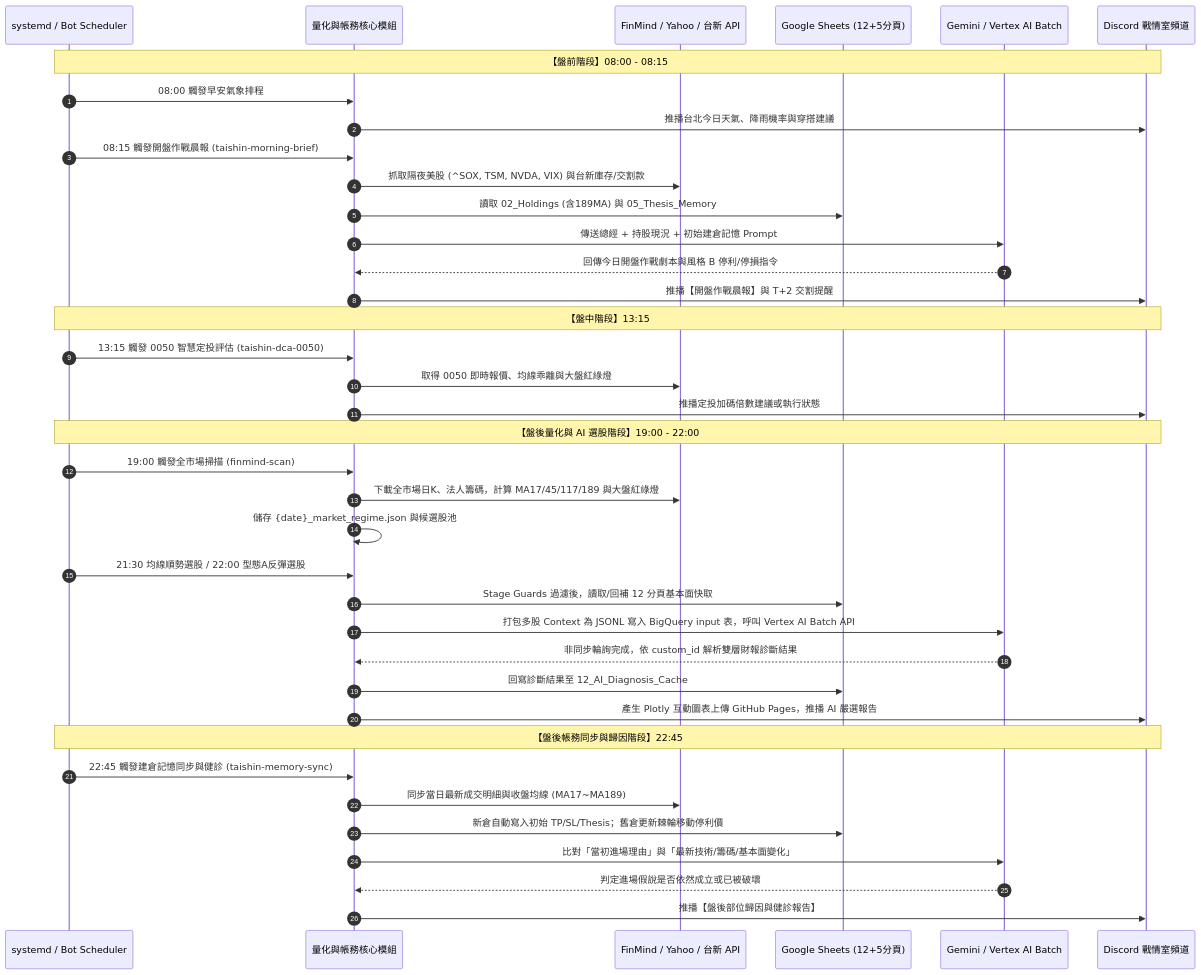
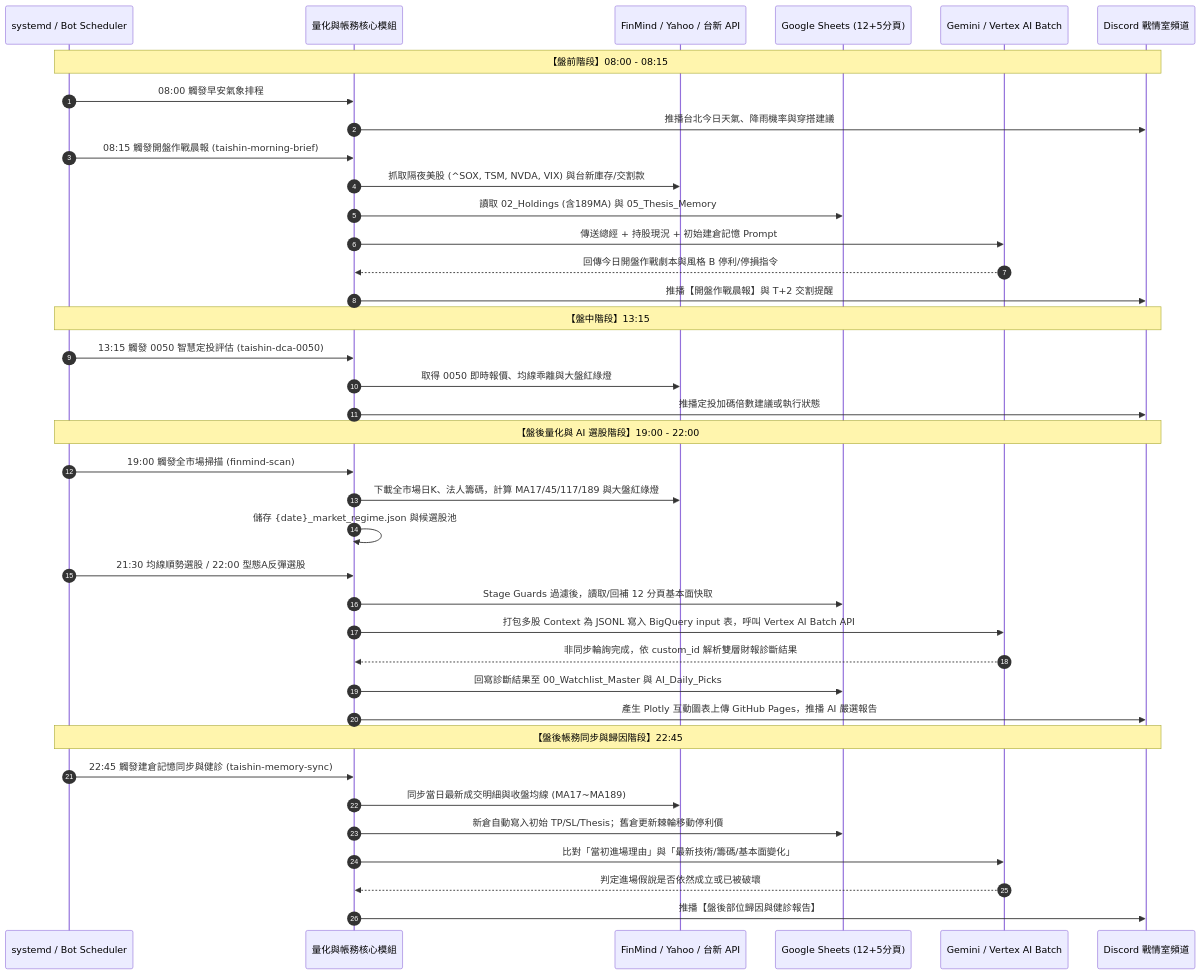
The second of 3 diagrams in discord_service_sasd.md (NickChung0725/Discord_Service), drawn with Mermaid before and after one commit. The commit also changed other lines of this file and 8 other files, not shown here.

````diff
--- a/discord_service_sasd.md
+++ b/discord_service_sasd.md
@@ -196,44 +199,44 @@
 ```mermaid
 sequenceDiagram
     autonumber
     participant Timer as systemd / Bot Scheduler
     participant Core as 量化與帳務核心模組
     participant Data as FinMind / Yahoo / 台新 API
     participant Cache as Google Sheets (12+5分頁)
     participant AI as Gemini / Vertex AI Batch
     participant DC as Discord 戰情室頻道
 
     Note over Timer,DC: 【盤前階段】08:00 - 08:15
     Timer->>Core: 08:00 觸發早安氣象排程
     Core->>DC: 推播台北今日天氣、降雨機率與穿搭建議
     Timer->>Core: 08:15 觸發開盤作戰晨報 (taishin-morning-brief)
     Core->>Data: 抓取隔夜美股 (^SOX, TSM, NVDA, VIX) 與台新庫存/交割款
     Core->>Cache: 讀取 02_Holdings (含189MA) 與 05_Thesis_Memory
     Core->>AI: 傳送總經 + 持股現況 + 初始建倉記憶 Prompt
     AI-->>Core: 回傳今日開盤作戰劇本與風格 B 停利/停損指令
     Core->>DC: 推播【開盤作戰晨報】與 T+2 交割提醒
 
     Note over Timer,DC: 【盤中階段】13:15
     Timer->>Core: 13:15 觸發 0050 智慧定投評估 (taishin-dca-0050)
     Core->>Data: 取得 0050 即時報價、均線乖離與大盤紅綠燈
     Core->>DC: 推播定投加碼倍數建議或執行狀態
 
     Note over Timer,DC: 【盤後量化與 AI 選股階段】19:00 - 22:00
     Timer->>Core: 19:00 觸發全市場掃描 (finmind-scan)
     Core->>Data: 下載全市場日K、法人籌碼，計算 MA17/45/117/189 與大盤紅綠燈
     Core->>Core: 儲存 {date}_market_regime.json 與候選股池
     Timer->>Core: 21:30 均線順勢選股 / 22:00 型態A反彈選股
     Core->>Cache: Stage Guards 過濾後，讀取/回補 12 分頁基本面快取
     Core->>AI: 打包多股 Context 為 JSONL 寫入 BigQuery input 表，呼叫 Vertex AI Batch API
     AI-->>Core: 非同步輪詢完成，依 custom_id 解析雙層財報診斷結果
-    Core->>Cache: 回寫診斷結果至 12_AI_Diagnosis_Cache
+    Core->>Cache: 回寫診斷結果至 00_Watchlist_Master 與 AI_Daily_Picks
     Core->>DC: 產生 Plotly 互動圖表上傳 GitHub Pages，推播 AI 嚴選報告
 
     Note over Timer,DC: 【盤後帳務同步與歸因階段】22:45
     Timer->>Core: 22:45 觸發建倉記憶同步與健診 (taishin-memory-sync)
     Core->>Data: 同步當日最新成交明細與收盤均線 (MA17~MA189)
     Core->>Cache: 新倉自動寫入初始 TP/SL/Thesis；舊倉更新棘輪移動停利價
     Core->>AI: 比對「當初進場理由」與「最新技術/籌碼/基本面變化」
     AI-->>Core: 判定進場假說是否依然成立或已被破壞
     Core->>DC: 推播【盤後部位歸因與健診報告】
 ```
````
